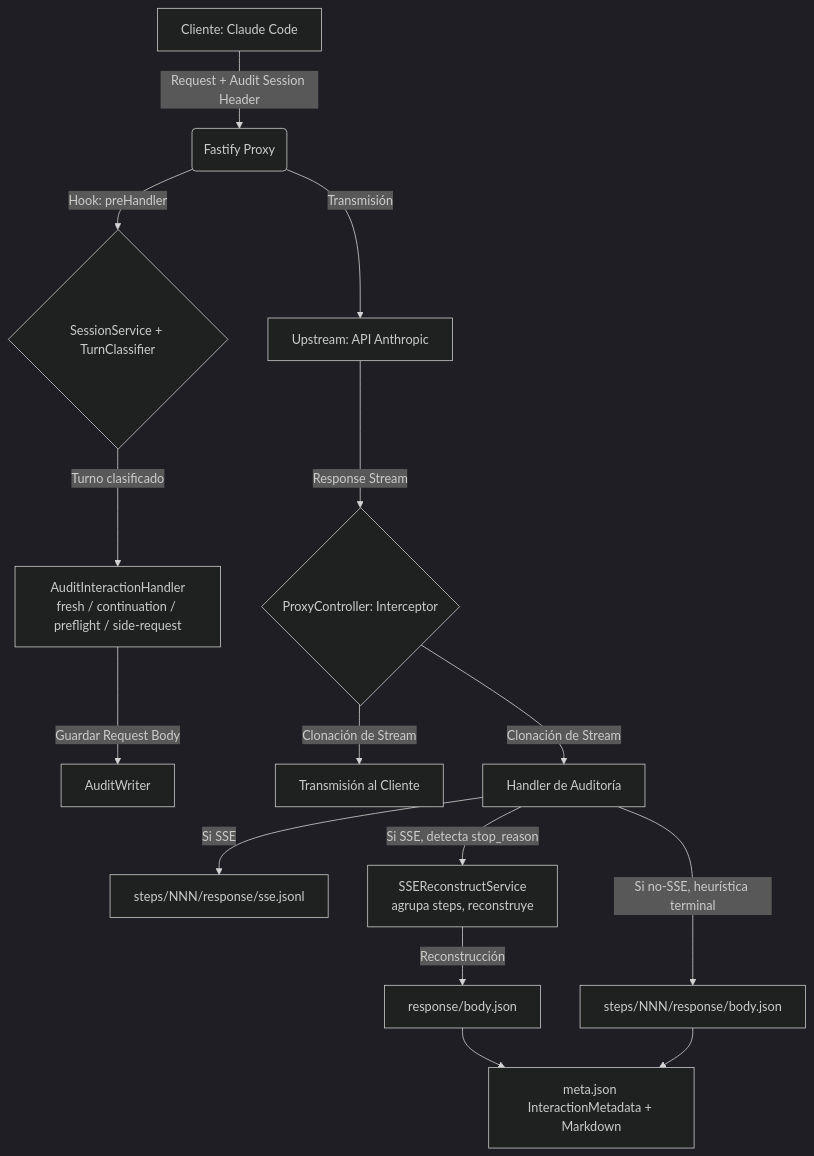
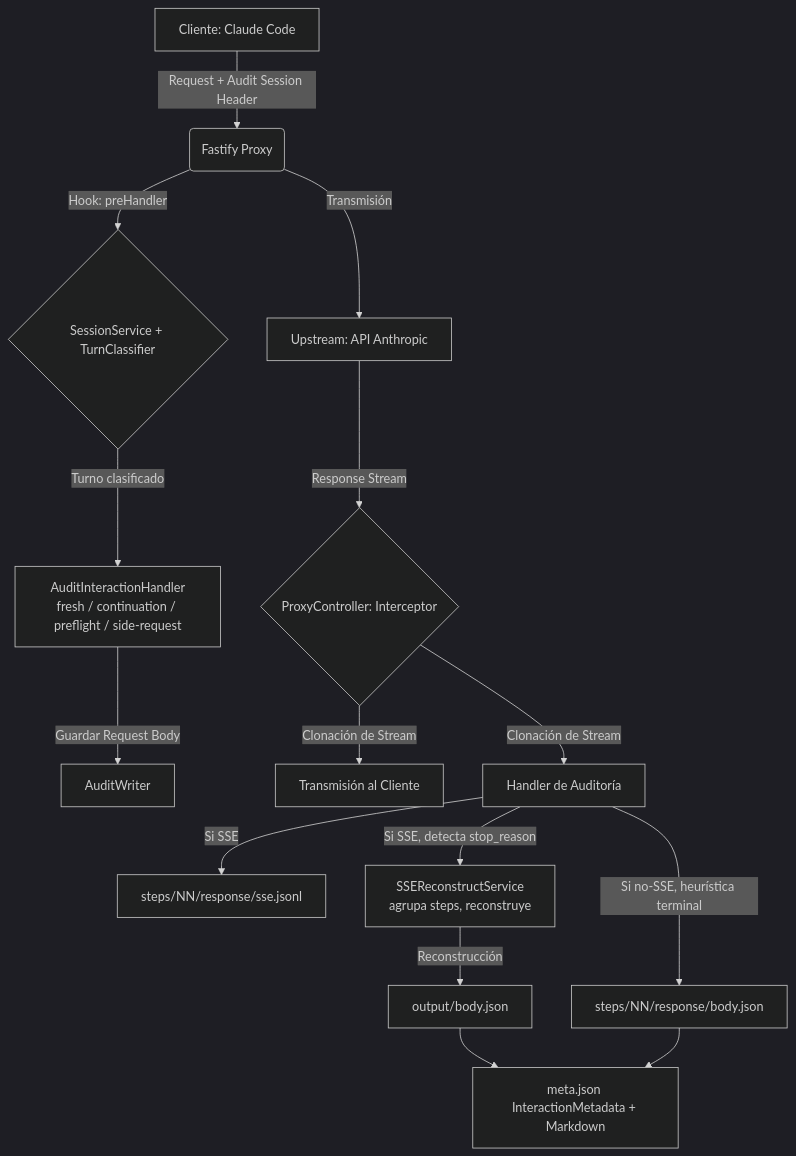
Before and after one commit to CristianRojas-SoftwareEngineer/EvolutiveX-Agent-Orchestrator: the diagram in README.md, drawn with Mermaid (dark theme). The commit also changed other lines of this file and 12 other files, not shown here.

````diff
--- a/README.md
+++ b/README.md
@@ -44,17 +44,17 @@
 ```mermaid
 graph TD
     A[Cliente: Claude Code] -->|Request + Audit Session Header| B(Fastify Proxy)
     B -->|Hook: preHandler| C{SessionService + TurnClassifier}
     C -->|Turno clasificado| D[AuditInteractionHandler\nfresh / continuation / preflight / side-request]
     D -->|Guardar Request Body| E[AuditWriter]
     B -->|Transmisión| F[Upstream: API Anthropic]
     F -->|Response Stream| G{ProxyController: Interceptor}
     G -->|Clonación de Stream| H[Transmisión al Cliente]
     G -->|Clonación de Stream| I[Handler de Auditoría]
-    I -->|Si SSE| J[steps/NNN/response/sse.jsonl]
+    I -->|Si SSE| J[steps/NN/response/sse.jsonl]
     I -->|Si SSE, detecta stop_reason| K[SSEReconstructService\nagrupa steps, reconstruye]
-    K -->|Reconstrucción| L[response/body.json]
-    I -->|Si no-SSE, heurística terminal| M[steps/NNN/response/body.json]
+    K -->|Reconstrucción| L[output/body.json]
+    I -->|Si no-SSE, heurística terminal| M[steps/NN/response/body.json]
     L --> N[meta.json InteractionMetadata + Markdown]
     M --> N
 ```
````
